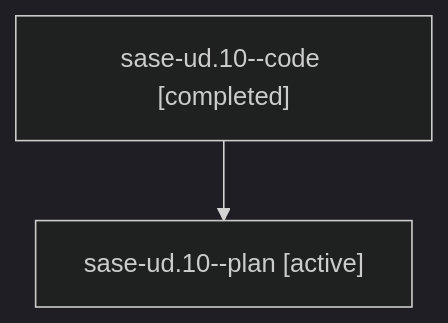
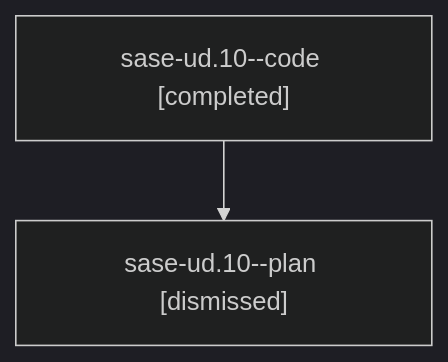
Before and after one commit to sase-org/sase--agents: the diagram in sessions/bbugyi200.athena.sase-ud.10.md, drawn with Mermaid (dark theme). The commit also changed other lines of this file and 380 other files, not shown here.

````diff
--- a/sessions/bbugyi200.athena.sase-ud.10.md
+++ b/sessions/bbugyi200.athena.sase-ud.10.md
@@ -9,6 +9,6 @@
 ```mermaid
 flowchart TD
   n0["sase-ud.10--code [completed]"]
-  n1["sase-ud.10--plan [active]"]
+  n1["sase-ud.10--plan [dismissed]"]
   n0 --> n1
 ```
````
